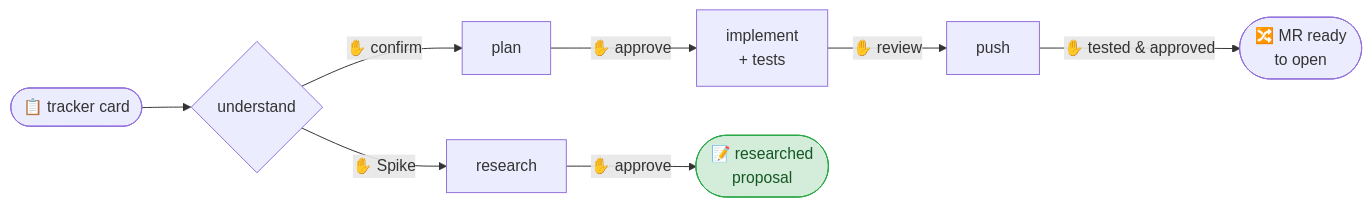
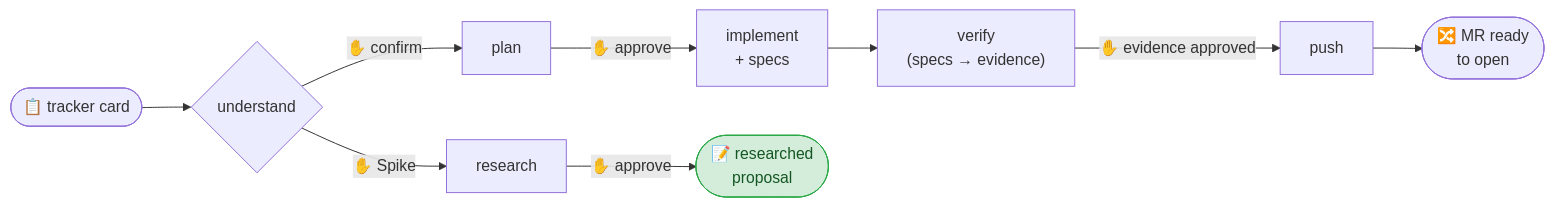
One commit to petryadriano/claude-code-ticket-workflow changed the first of 3 diagrams in README.md. Above: the diagram before and after it, drawn with Mermaid. The commit also changed other lines of this file and 2 other files, not shown here.

First line of the commit message:
Document the Superpowers substrate and automated-verification flow

````diff
--- a/README.md
+++ b/README.md
@@ -16,13 +17,14 @@
 ```mermaid
 flowchart LR
     J([📋 tracker card]) --> U{understand}
     U -->|✋ confirm| P[plan]
-    P -->|✋ approve| I["implement<br/>+ tests"]
-    I -->|✋ review| PU[push]
-    PU -->|✋ tested & approved| MR([🔀 MR ready<br/>to open])
+    P -->|✋ approve| I["implement<br/>+ specs"]
+    I --> V["verify<br/>(specs → evidence)"]
+    V -->|✋ evidence approved| PU[push]
+    PU --> MR([🔀 MR ready<br/>to open])
     U -->|✋ Spike| SR[research]
     SR -->|✋ approve| PUB(["📝 researched<br/>proposal"])
 
     classDef done fill:#d4edda,stroke:#28a745,color:#155724;
     class PUB done;
 ```
````
